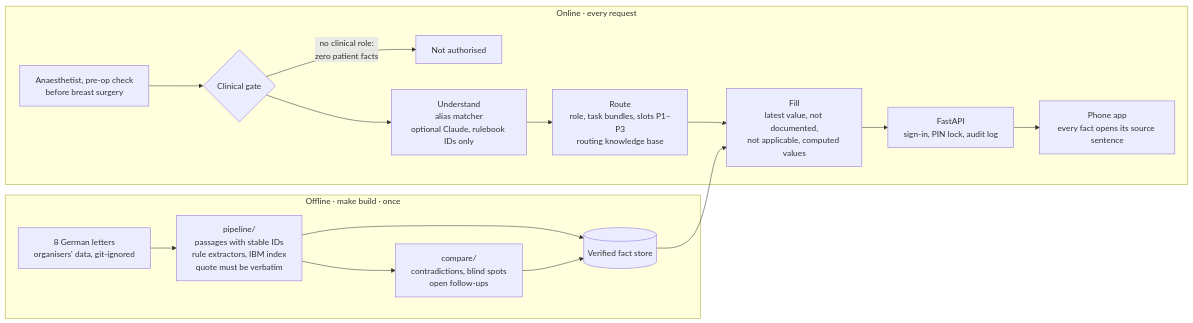
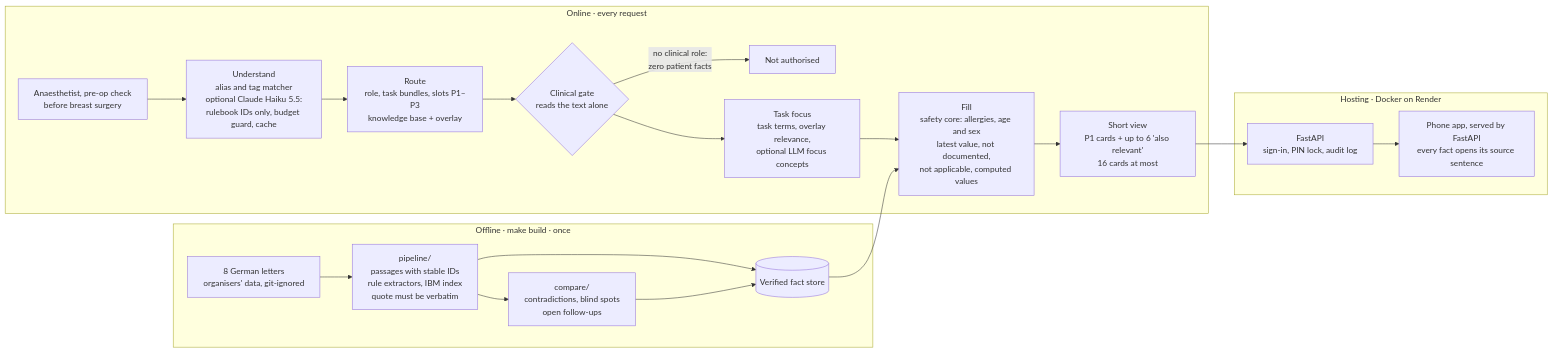
The diagram in README.md (omarjku/Mixymatchy), drawn with Mermaid before and after one commit. The commit also changed other lines of this file, not shown here.

Commit message:
README: animated logo, screens gallery, updated architecture and evaluation layers

````diff
--- a/README.md
+++ b/README.md
@@ -59,19 +87,23 @@
 ```mermaid
 flowchart LR
     subgraph OFF["Offline · make build · once"]
         L["8 German letters<br/>organisers' data, git-ignored"] --> P["pipeline/<br/>passages with stable IDs<br/>rule extractors, IBM index<br/>quote must be verbatim"]
         P --> C["compare/<br/>contradictions, blind spots<br/>open follow-ups"]
         P --> FS[("Verified fact store")]
         C --> FS
     end
     subgraph ON["Online · every request"]
-        Q["Anaesthetist, pre-op check<br/>before breast surgery"] --> G{"Clinical gate"}
+        Q["Anaesthetist, pre-op check<br/>before breast surgery"] --> U["Understand<br/>alias and tag matcher<br/>optional Claude Haiku 5.5:<br/>rulebook IDs only, budget guard, cache"]
+        U --> R["Route<br/>role, task bundles, slots P1–P3<br/>knowledge base + overlay"]
+        R --> G{"Clinical gate<br/>reads the text alone"}
         G -- "no clinical role:<br/>zero patient facts" --> X["Not authorised"]
-        G --> U["Understand<br/>alias matcher<br/>optional Claude, rulebook IDs only"]
-        U --> R["Route<br/>role, task bundles, slots P1–P3<br/>routing knowledge base"]
-        R --> F["Fill<br/>latest value, not documented,<br/>not applicable, computed values"]
+        G --> FO["Task focus<br/>task terms, overlay relevance,<br/>optional LLM focus concepts"]
+        FO --> F["Fill<br/>safety core: allergies, age and sex<br/>latest value, not documented,<br/>not applicable, computed values"]
         FS --> F
-        F --> API["FastAPI<br/>sign-in, PIN lock, audit log"]
-        API --> APP["Phone app<br/>every fact opens its source sentence"]
+        F --> V["Short view<br/>P1 cards + up to 6 'also relevant'<br/>16 cards at most"]
+    end
+    subgraph HOST["Hosting · Docker on Render"]
+        V --> API["FastAPI<br/>sign-in, PIN lock, audit log"]
+        API --> APP["Phone app, served by FastAPI<br/>every fact opens its source sentence"]
     end
 ```
````
